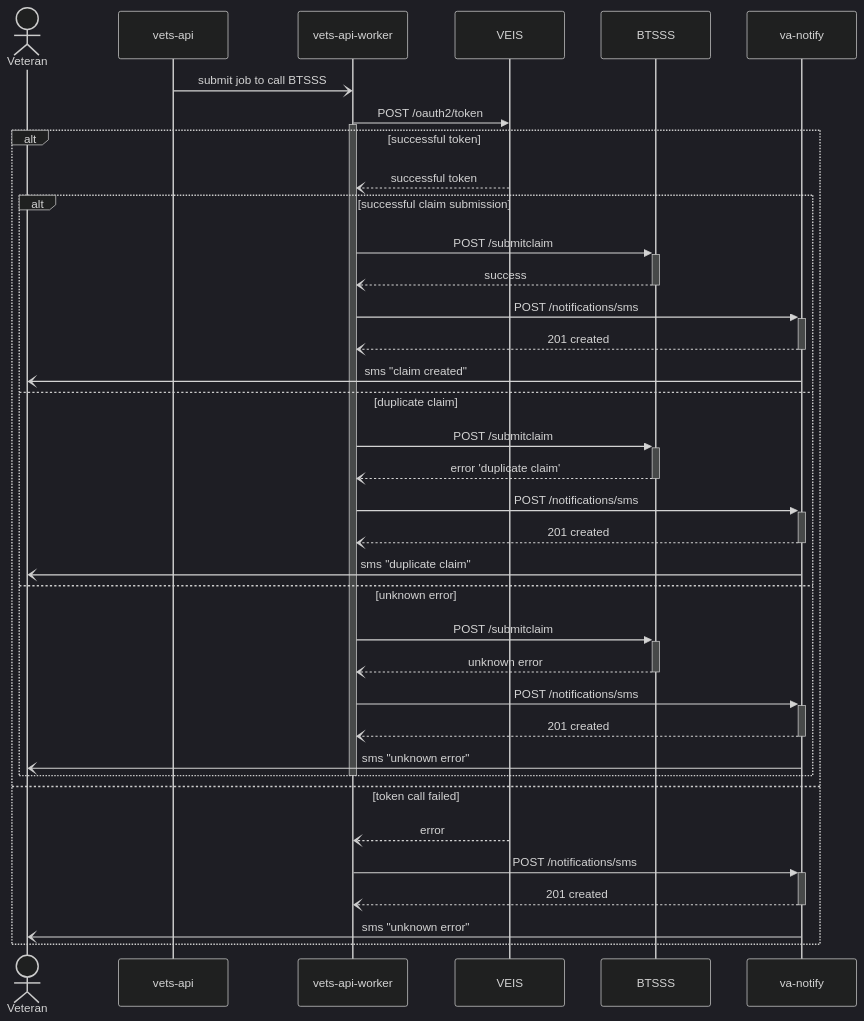
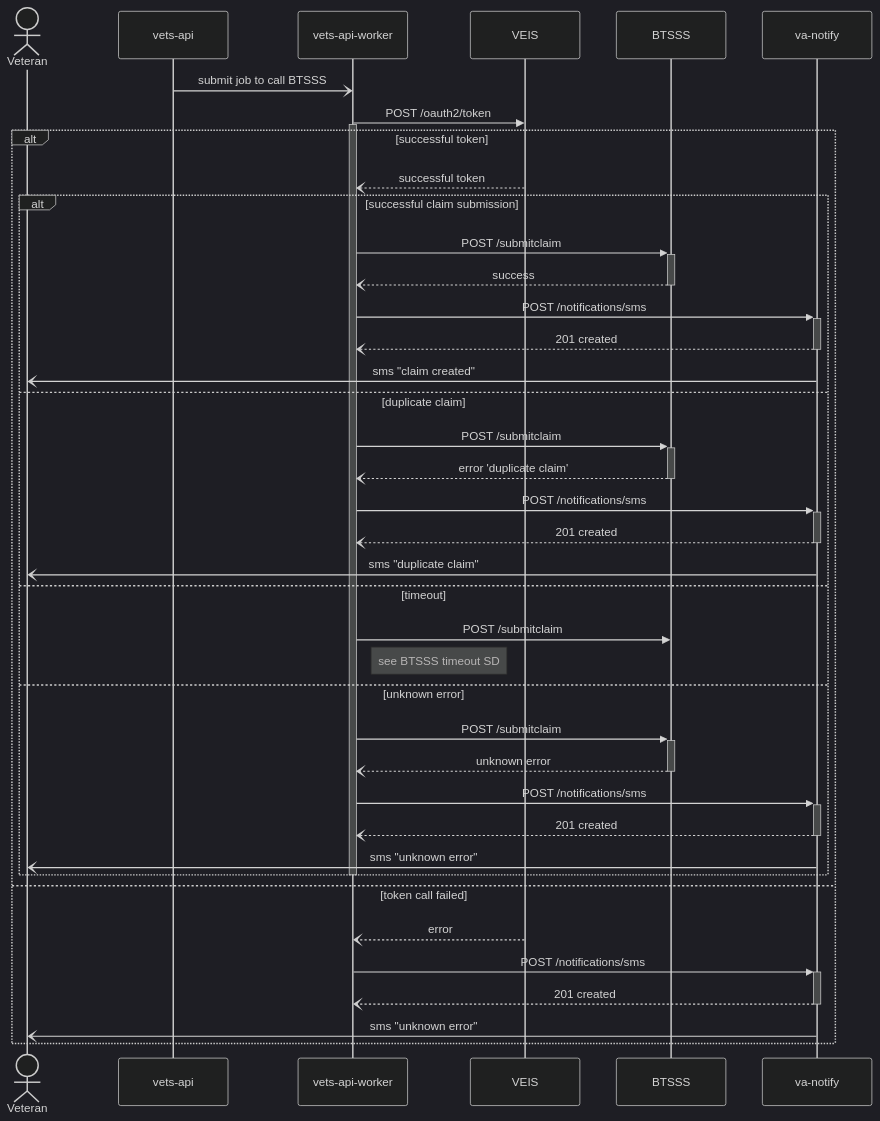
Before and after one commit to department-of-veterans-affairs/va.gov-team: the seventh of 7 diagrams in products/health-care/checkin/engineering/architecture-diagrams/sequenceDiagram_checkInExp.md, drawn with Mermaid (dark theme).

````diff
--- a/products/health-care/checkin/engineering/architecture-diagrams/sequenceDiagram_checkInExp.md
+++ b/products/health-care/checkin/engineering/architecture-diagrams/sequenceDiagram_checkInExp.md
@@ -418,42 +418,45 @@
 ```mermaid
 sequenceDiagram
   actor vet as Veteran
   participant api as vets-api
   participant vaw as vets-api-worker
   participant veis as VEIS
   participant bt as BTSSS
   participant van as va-notify
 
   api -) vaw: submit job to call BTSSS
   vaw->>veis: POST /oauth2/token
   activate vaw
 
   alt successful token
     veis--)vaw: successful token  
     alt successful claim submission
         vaw->>+bt: POST /submitclaim
         bt--)-vaw: success
         vaw->>+van: POST /notifications/sms
         van--)-vaw: 201 created
         van-)vet: sms "claim created"
     else duplicate claim
         vaw->>+bt: POST /submitclaim
         bt--)-vaw: error 'duplicate claim'
         vaw->>+van: POST /notifications/sms
         van--)-vaw: 201 created
         van-)vet: sms "duplicate claim"
+    else timeout
+        vaw->>bt: POST /submitclaim
+        note right of vaw: see BTSSS timeout SD
     else unknown error
         vaw->>+bt: POST /submitclaim
         bt--)-vaw: unknown error
         vaw->>+van: POST /notifications/sms
         van--)-vaw: 201 created
         van-)vet: sms "unknown error"
     end
     deactivate vaw
   else token call failed
     veis--)vaw: error
     vaw->>+van: POST /notifications/sms
     van--)-vaw: 201 created
     van-)vet: sms "unknown error"
   end
 ```
````
